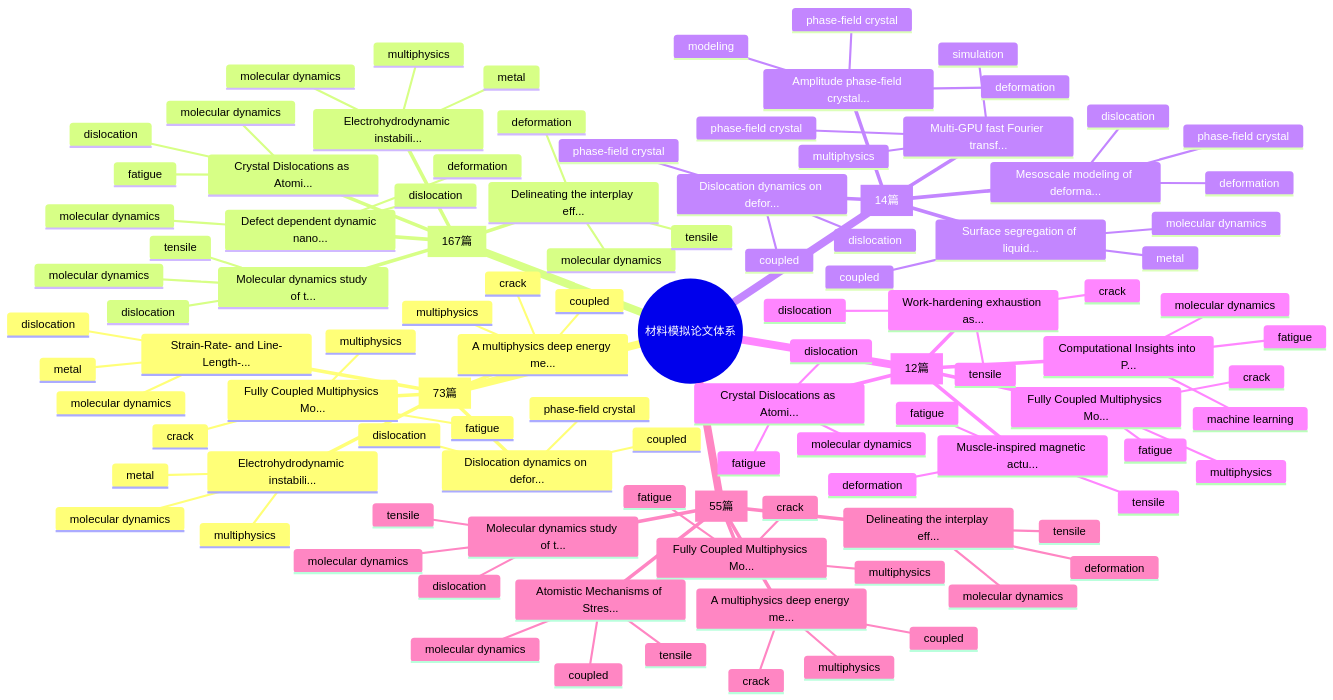
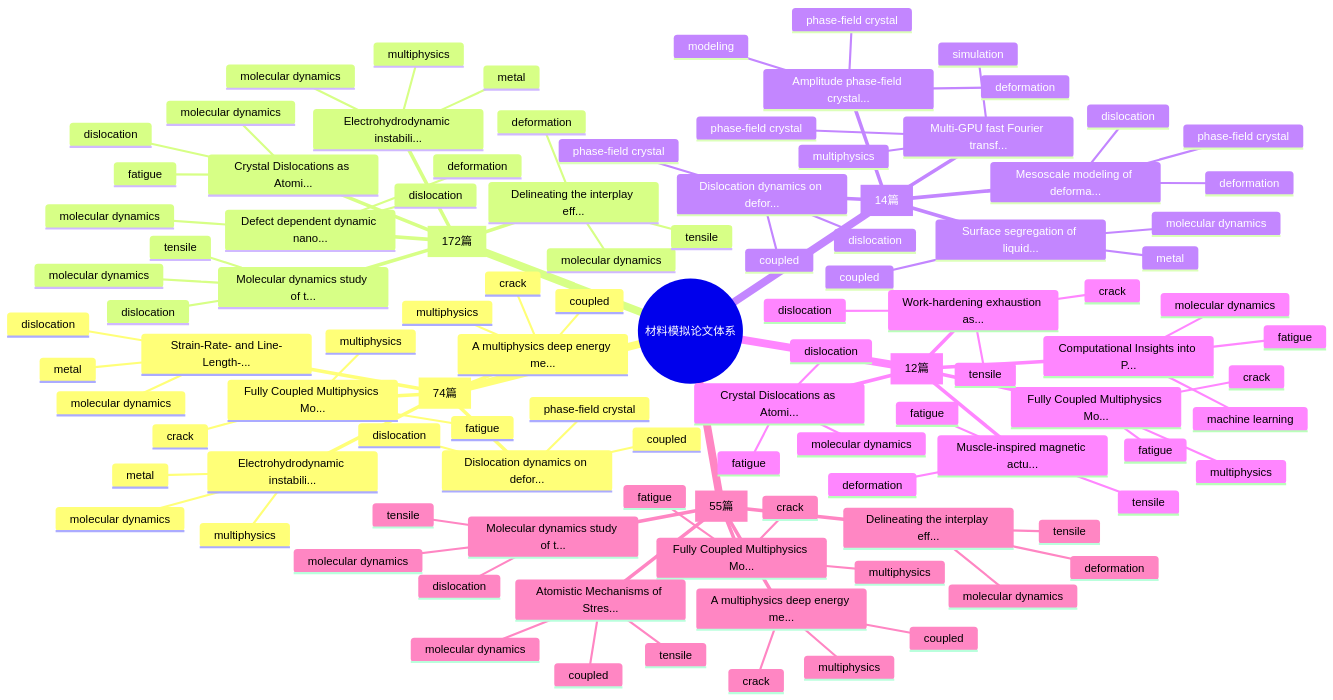
One commit to Shirakawa11111/BJK_readpaper changed the first of 2 diagrams in reports/knowledge_graph.md. Above: the diagram before and after it, drawn with Mermaid. The commit also changed other lines of this file and 11 other files, not shown here.

````diff
--- a/reports/knowledge_graph.md
+++ b/reports/knowledge_graph.md
@@ -7,7 +7,7 @@
 ```mermaid
 mindmap
   root((材料模拟论文体系))
-    Multiphysics Coupling [73篇]
+    Multiphysics Coupling [74篇]
       Fully Coupled Multiphysics Mo...
         fatigue
         multiphysics
@@ -28,7 +28,7 @@
         molecular dynamics
         dislocation
         metal
-    Molecular Dynamics [167篇]
+    Molecular Dynamics [172篇]
       Crystal Dislocations as Atomi...
         molecular dynamics
         fatigue
````
